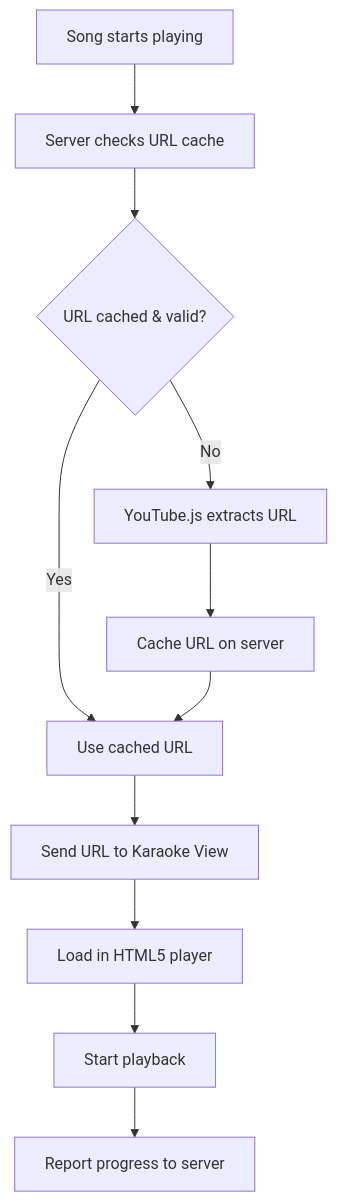
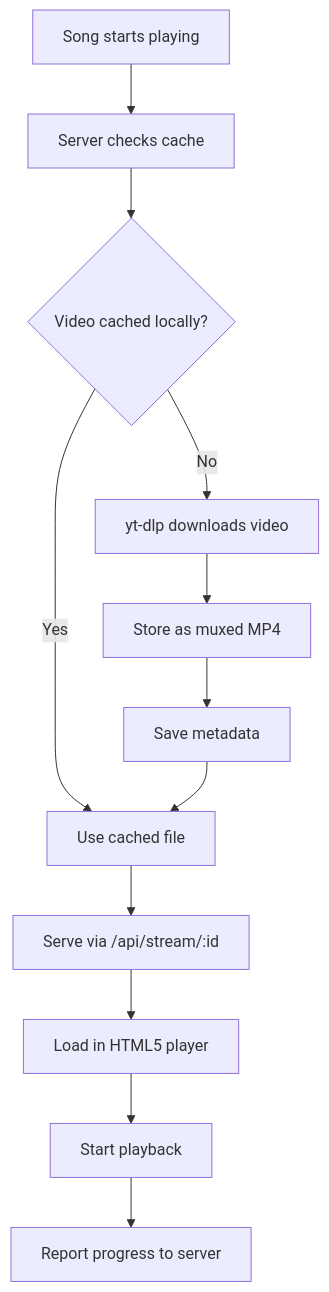
The fifth of 5 diagrams in docs/design.md (Zeletochoy/yt-kara), drawn with Mermaid before and after one commit. The commit also changed other lines of this file and 12 other files, not shown here.

First line of the commit message:
Implement local video caching with single muxed files

````diff
--- a/docs/design.md
+++ b/docs/design.md
@@ -363,13 +369,14 @@
 ```mermaid
 flowchart TD
-    A[Song starts playing] --> B[Server checks URL cache]
-    B --> C{URL cached & valid?}
-    C -->|No| D[YouTube.js extracts URL]
-    C -->|Yes| E[Use cached URL]
-    D --> F[Cache URL on server]
-    F --> E
-    E --> G[Send URL to Karaoke View]
-    G --> H[Load in HTML5 player]
-    H --> I[Start playback]
-    I --> J[Report progress to server]
+    A[Song starts playing] --> B[Server checks cache]
+    B --> C{Video cached locally?}
+    C -->|No| D[yt-dlp downloads video]
+    C -->|Yes| E[Use cached file]
+    D --> F[Store as muxed MP4]
+    F --> G[Save metadata]
+    G --> E
+    E --> H[Serve via /api/stream/:id]
+    H --> I[Load in HTML5 player]
+    I --> J[Start playback]
+    J --> K[Report progress to server]
 ```
````
